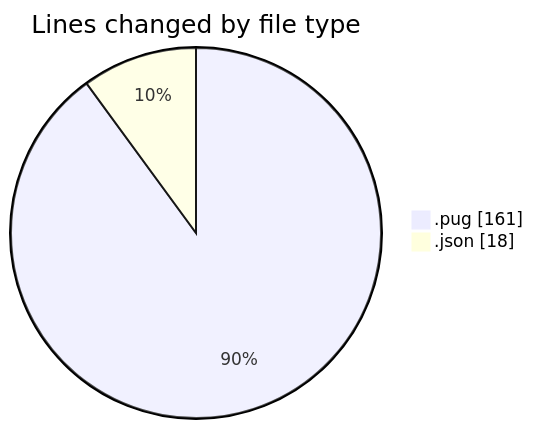
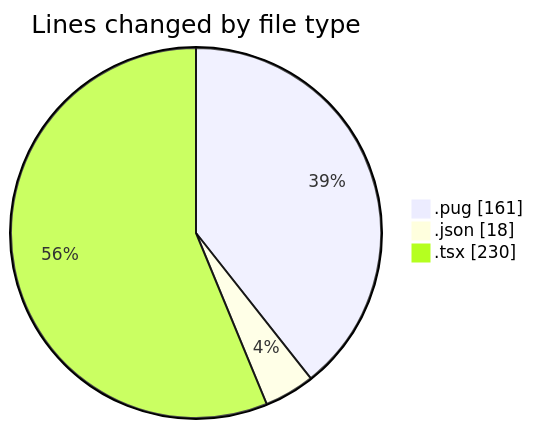
The first of 2 diagrams in 2025-11-04/cda/README.md (momahboobian/code-tracking), drawn with Mermaid before and after one commit. The commit also changed other lines of this file and 1 other file, not shown here.

````diff
--- a/2025-11-04/cda/README.md
+++ b/2025-11-04/cda/README.md
@@ -21,6 +22,7 @@
 ```mermaid
 pie showData
 title Lines changed by file type
 ".pug" : 161
 ".json" : 18
+".tsx" : 230
 ```
````
